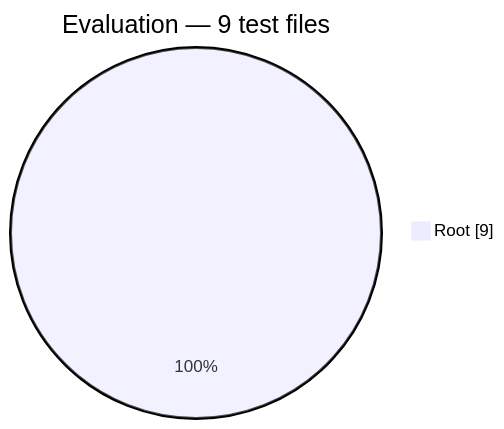
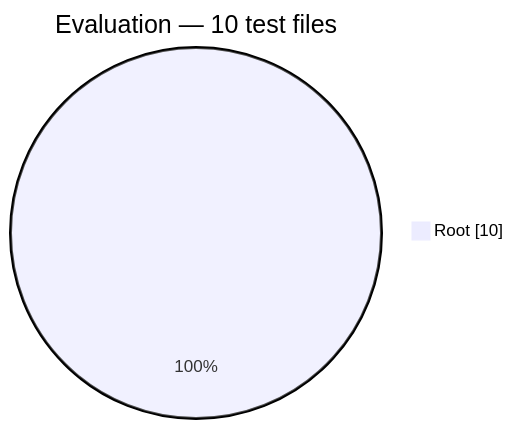
One commit to Mohammed-Alama/php-arazzo changed the third of 12 diagrams in docs/generated/test-composition.md. Above: the diagram before and after it, drawn with Mermaid. The commit also changed other lines of this file and 6 other files, not shown here.

````diff
--- a/docs/generated/test-composition.md
+++ b/docs/generated/test-composition.md
@@ -42,5 +42,5 @@
 ```mermaid
 pie showData
-    title Evaluation — 9 test files
-    "Root": 9
+    title Evaluation — 10 test files
+    "Root": 10
 ```
````
